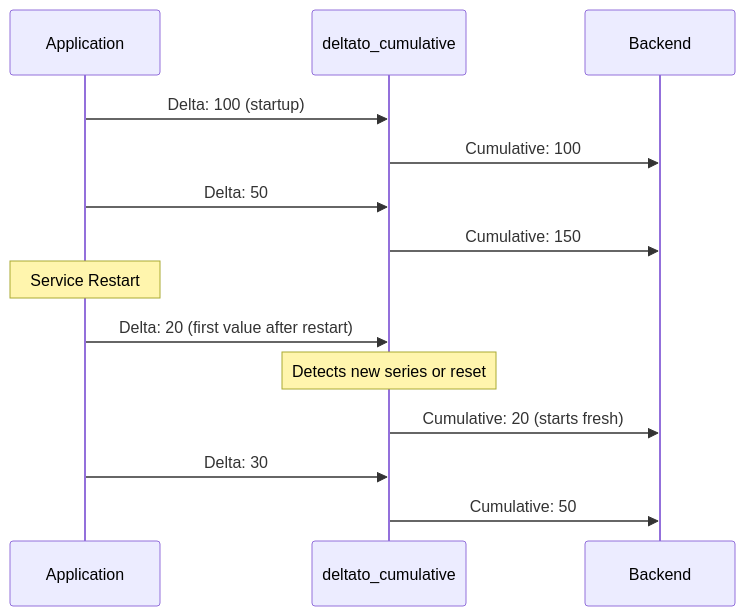
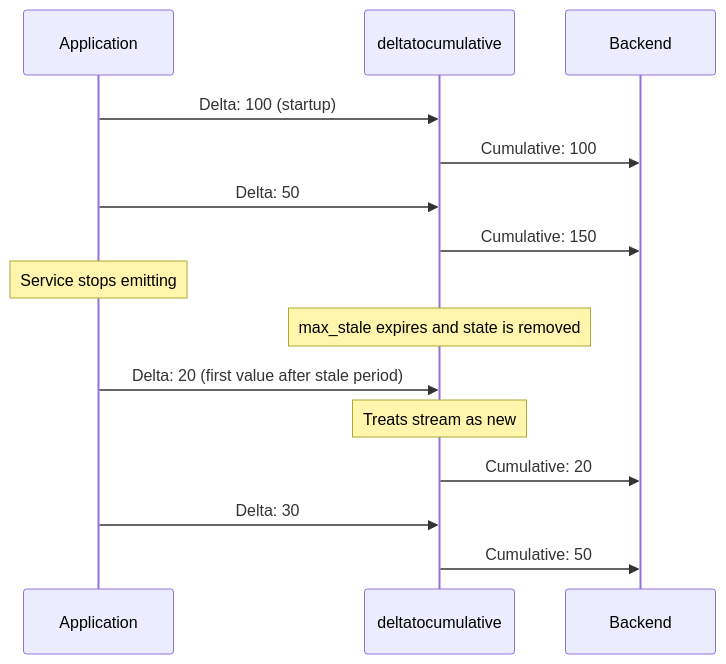
One commit to OneUptime/blog changed the second of 2 diagrams in posts/2026-02-06-delta-to-cumulative-processor-opentelemetry-collector/README.md. Above: the diagram before and after it, drawn with Mermaid. The commit also changed other lines of this file and 2 other files, not shown here.

Commit message:
validate: 2026-02-06-delta-to-cumulative-processor-opentelemetry-collector

````diff
--- a/posts/2026-02-06-delta-to-cumulative-processor-opentelemetry-collector/README.md
+++ b/posts/2026-02-06-delta-to-cumulative-processor-opentelemetry-collector/README.md
@@ -143,21 +144,23 @@
 ```mermaid
 sequenceDiagram
     participant App as Application
-    participant Proc as deltato_cumulative
+    participant Proc as deltatocumulative
     participant Backend as Backend
 
     App->>Proc: Delta: 100 (startup)
     Proc->>Backend: Cumulative: 100
 
     App->>Proc: Delta: 50
     Proc->>Backend: Cumulative: 150
 
-    Note over App: Service Restart
+    Note over App: Service stops emitting
 
-    App->>Proc: Delta: 20 (first value after restart)
-    Note over Proc: Detects new series or reset
-    Proc->>Backend: Cumulative: 20 (starts fresh)
+    Note over Proc: max_stale expires and state is removed
+
+    App->>Proc: Delta: 20 (first value after stale period)
+    Note over Proc: Treats stream as new
+    Proc->>Backend: Cumulative: 20
 
     App->>Proc: Delta: 30
     Proc->>Backend: Cumulative: 50
 ```
````
